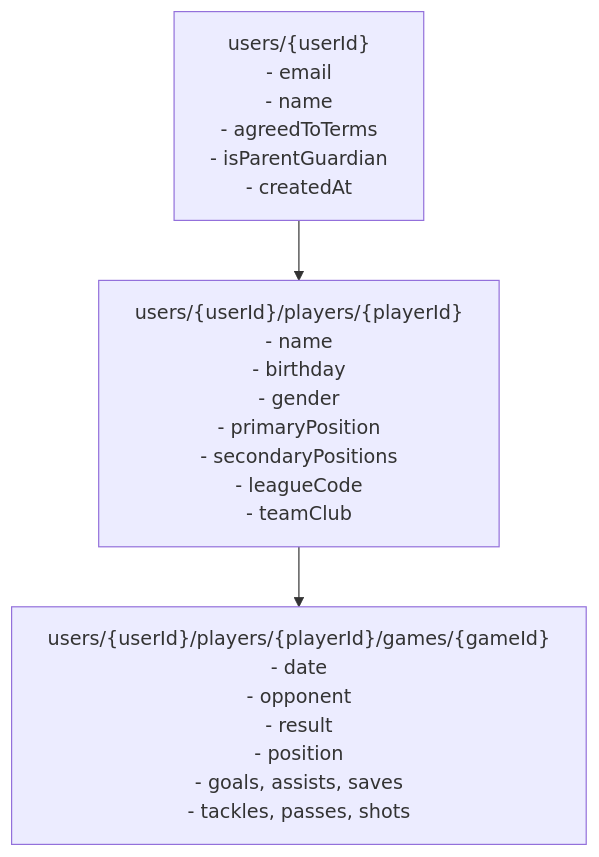
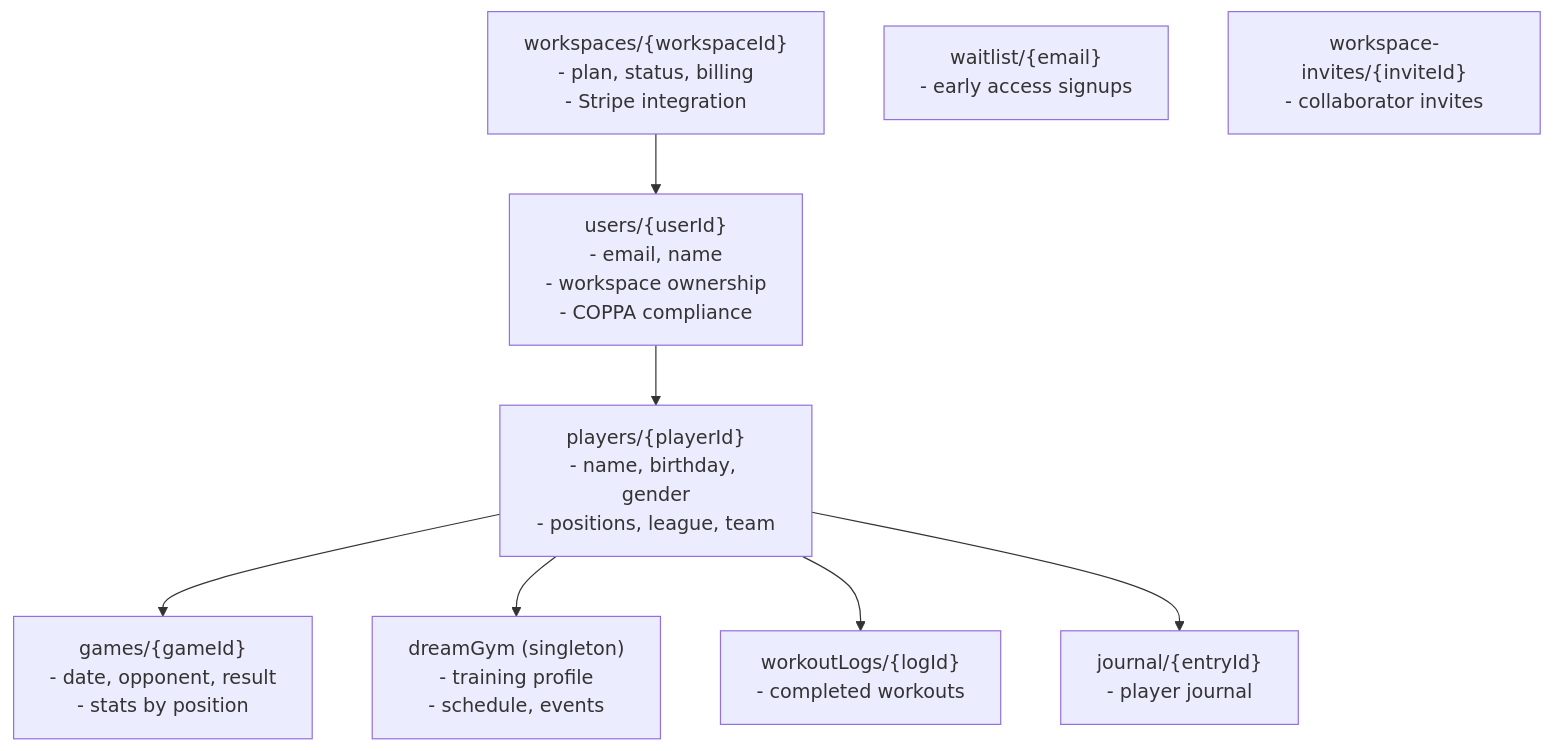
The second of 3 diagrams in README.md (intent-solutions-io/hustle), drawn with Mermaid before and after one commit. The commit also changed other lines of this file, not shown here.

Commit message:
docs: update README Firestore collections to match actual schema

````diff
--- a/README.md
+++ b/README.md
@@ -107,9 +107,19 @@
 ```mermaid
 graph TD
-    Users["users/{userId}\n- email\n- name\n- agreedToTerms\n- isParentGuardian\n- createdAt"]
-    Players["users/{userId}/players/{playerId}\n- name\n- birthday\n- gender\n- primaryPosition\n- secondaryPositions\n- leagueCode\n- teamClub"]
-    Games["users/{userId}/players/{playerId}/games/{gameId}\n- date\n- opponent\n- result\n- position\n- goals, assists, saves\n- tackles, passes, shots"]
+    Workspaces["workspaces/{workspaceId}\n- plan, status, billing\n- Stripe integration"]
+    Users["users/{userId}\n- email, name\n- workspace ownership\n- COPPA compliance"]
+    Players["players/{playerId}\n- name, birthday, gender\n- positions, league, team"]
+    Games["games/{gameId}\n- date, opponent, result\n- stats by position"]
+    DreamGym["dreamGym (singleton)\n- training profile\n- schedule, events"]
+    WorkoutLogs["workoutLogs/{logId}\n- completed workouts"]
+    Journal["journal/{entryId}\n- player journal"]
+    Waitlist["waitlist/{email}\n- early access signups"]
+    Invites["workspace-invites/{inviteId}\n- collaborator invites"]
 
+    Workspaces --> Users
     Users --> Players
     Players --> Games
+    Players --> DreamGym
+    Players --> WorkoutLogs
+    Players --> Journal
 ```
````
